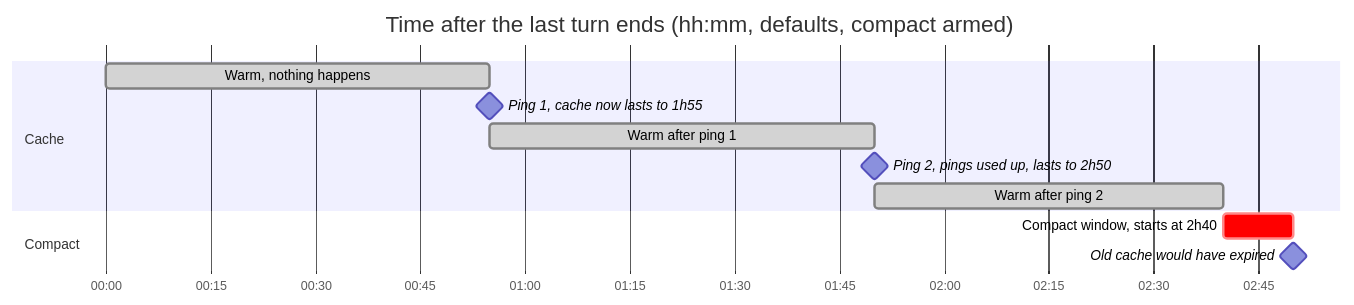
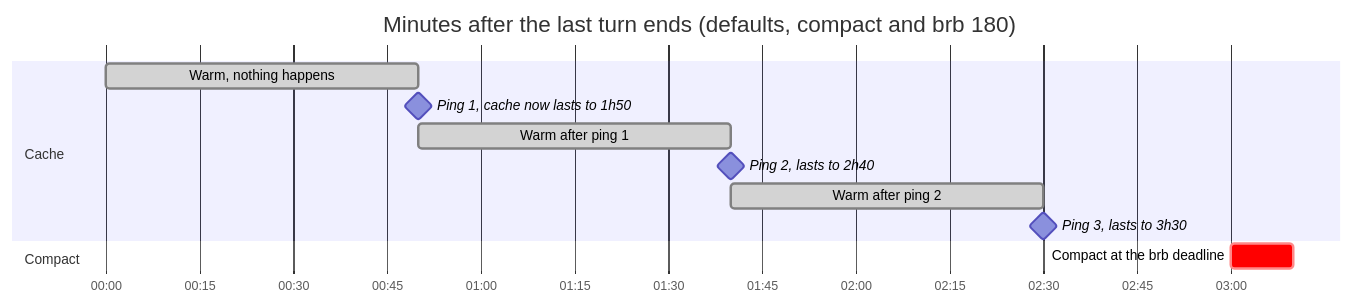
One commit to shdennlin/agent-plugins changed the second of 2 diagrams in plugins/cache-keepalive/docs/compact.md. Above: the diagram before and after it, drawn with Mermaid. The commit also changed other lines of this file and 9 other files, not shown here.

First line of the commit message:
feat(cache-keepalive): remove compact pings and done; docs and 0.8.0

````diff
--- a/plugins/cache-keepalive/docs/compact.md
+++ b/plugins/cache-keepalive/docs/compact.md
@@ -83,15 +56,15 @@
 ```mermaid
 gantt
-  title Time after the last turn ends (hh:mm, defaults, compact armed)
+  title Minutes after the last turn ends (defaults, compact and brb 180)
   dateFormat HH:mm
   axisFormat %H:%M
   section Cache
-    Warm, nothing happens             :done, w1, 00:00, 55m
-    Ping 1, cache now lasts to 1h55   :milestone, p1, 00:55, 0m
-    Warm after ping 1                 :done, w2, 00:55, 55m
-    Ping 2, pings used up, lasts to 2h50 :milestone, p2, 01:50, 0m
-    Warm after ping 2                 :done, w3, 01:50, 50m
+    Warm, nothing happens           :done, w1, 00:00, 50m
+    Ping 1, cache now lasts to 1h50 :milestone, p1, 00:50, 0m
+    Warm after ping 1               :done, w2, 00:50, 50m
+    Ping 2, lasts to 2h40           :milestone, p2, 01:40, 0m
+    Warm after ping 2               :done, w3, 01:40, 50m
+    Ping 3, lasts to 3h30           :milestone, p3, 02:30, 0m
   section Compact
-    Compact window, starts at 2h40    :crit, c, 02:40, 10m
-    Old cache would have expired      :milestone, x, 02:50, 0m
+    Compact at the brb deadline     :crit, c, 03:00, 10m
 ```
````
